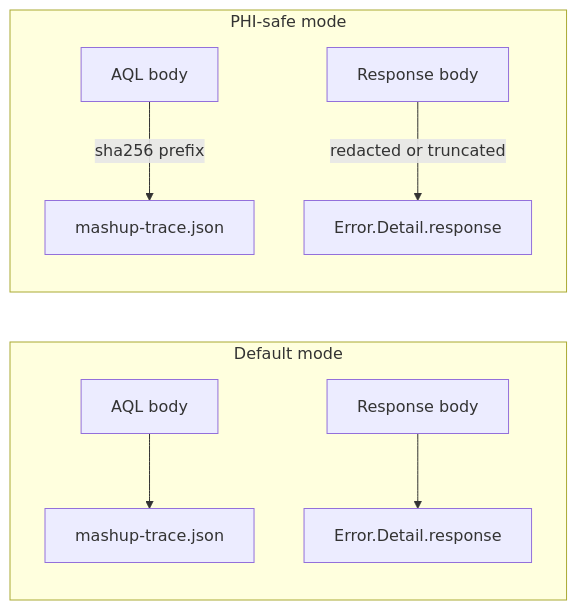
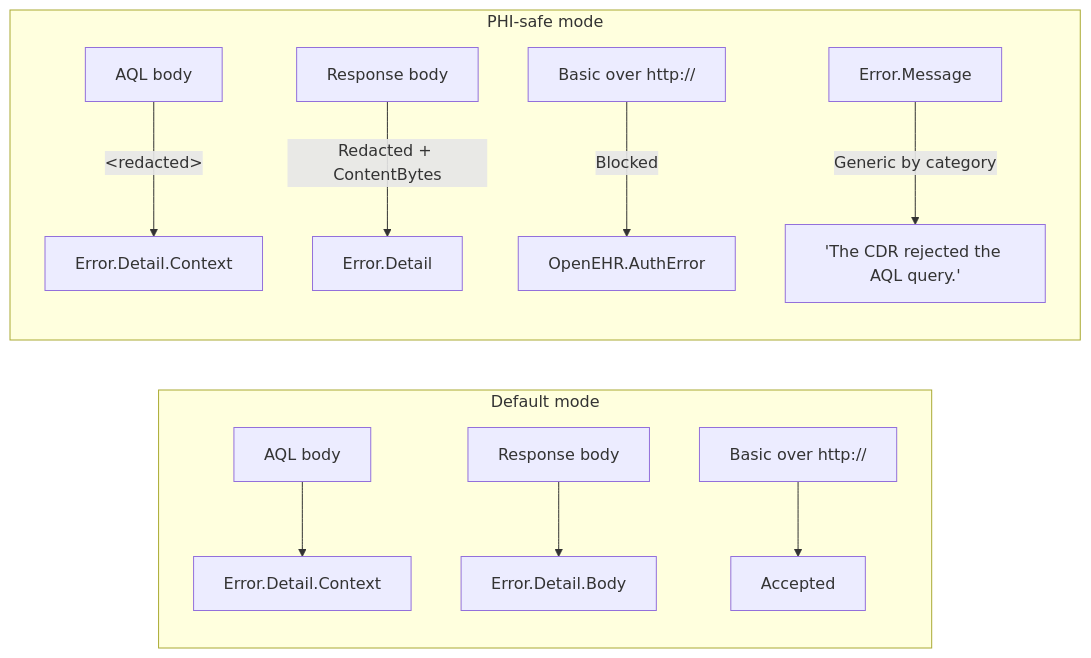
Before and after one commit to rubentalstra/powerbi-openehr-aql: the diagram in docs/compliance/phi-safe-mode.md, drawn with Mermaid. The commit also changed other lines of this file and 8 other files, not shown here.

````diff
--- a/docs/compliance/phi-safe-mode.md
+++ b/docs/compliance/phi-safe-mode.md
@@ -7,11 +9,14 @@
 ```mermaid
 flowchart LR
     subgraph Default mode
-      A[AQL body] --> T1[mashup-trace.json]
-      R[Response body] --> E1[Error.Detail.response]
+      A[AQL body] --> EC1["Error.Detail.Context"]
+      R[Response body] --> E1["Error.Detail.Body"]
+      H1[Basic over http://] --> OK1[Accepted]
     end
     subgraph PHI-safe mode
-      A2[AQL body] -->|sha256 prefix| T2[mashup-trace.json]
-      R2[Response body] -->|redacted or truncated| E2[Error.Detail.response]
+      A2[AQL body] -->|"&lt;redacted&gt;"| EC2["Error.Detail.Context"]
+      R2[Response body] -->|"Redacted + ContentBytes"| E2["Error.Detail"]
+      H2[Basic over http://] -->|Blocked| X1["OpenEHR.AuthError"]
+      M["Error.Message"] -->|"Generic by category"| G["'The CDR rejected the AQL query.'"]
     end
 ```
````
